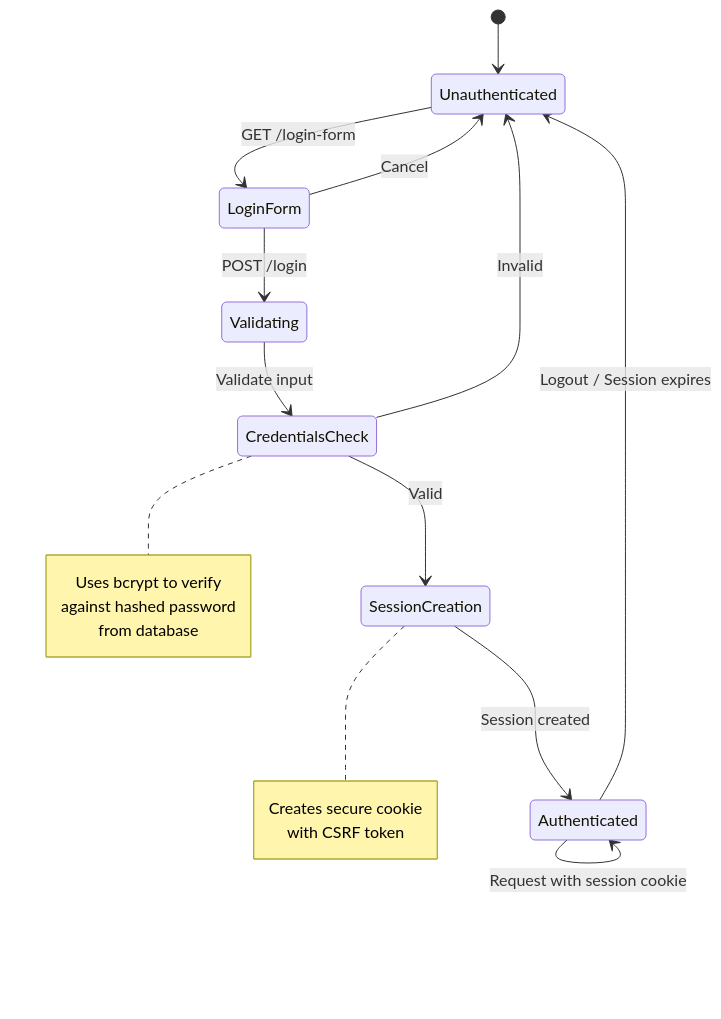
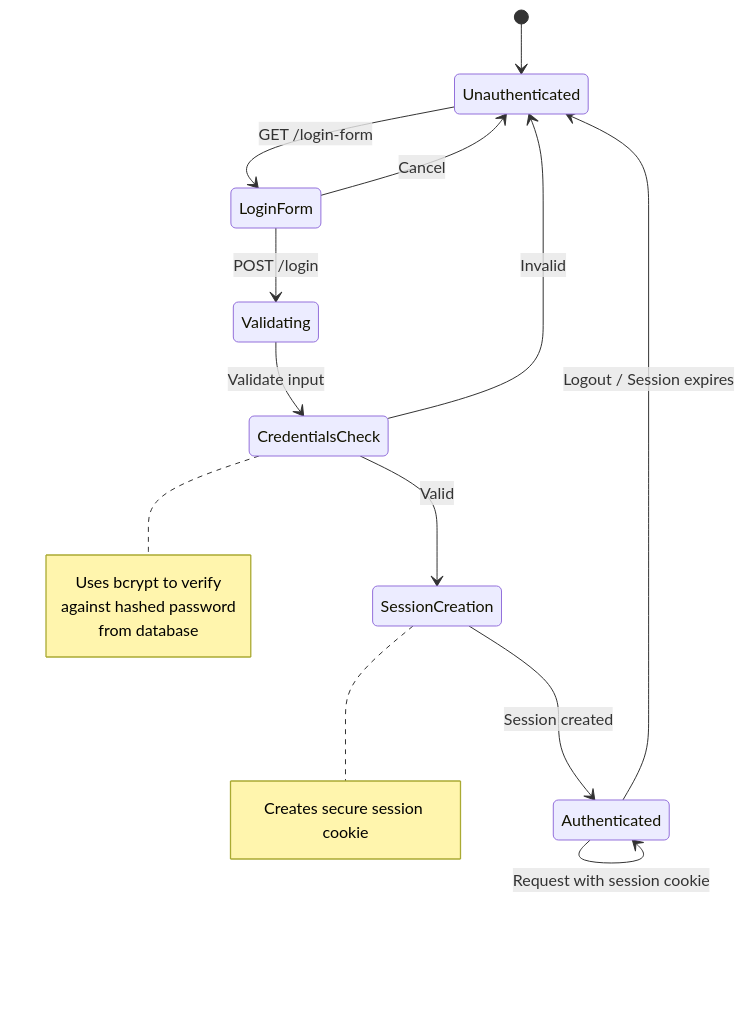
Before and after one commit to lbe/sfpg-go: the third of 9 diagrams in docs/diagrams/ARCHITECTURE_DIAGRAMS.md, drawn with Mermaid. The commit also changed other lines of this file and 247 other files, not shown here.

````diff
--- a/docs/diagrams/ARCHITECTURE_DIAGRAMS.md
+++ b/docs/diagrams/ARCHITECTURE_DIAGRAMS.md
@@ -138,26 +134,25 @@
 ```mermaid
 stateDiagram-v2
     [*] --> Unauthenticated
     Unauthenticated --> LoginForm: GET /login-form
     LoginForm --> Unauthenticated: Cancel
 
     LoginForm --> Validating: POST /login
     Validating --> CredentialsCheck: Validate input
     CredentialsCheck --> Unauthenticated: Invalid
     CredentialsCheck --> SessionCreation: Valid
 
     SessionCreation --> Authenticated: Session created
     Authenticated --> Authenticated: Request with session cookie
     Authenticated --> Unauthenticated: Logout / Session expires
 
     note right of CredentialsCheck
         Uses bcrypt to verify
         against hashed password
         from database
     end note
 
     note right of SessionCreation
-        Creates secure cookie
-        with CSRF token
+        Creates secure session cookie
     end note
 ```
````
